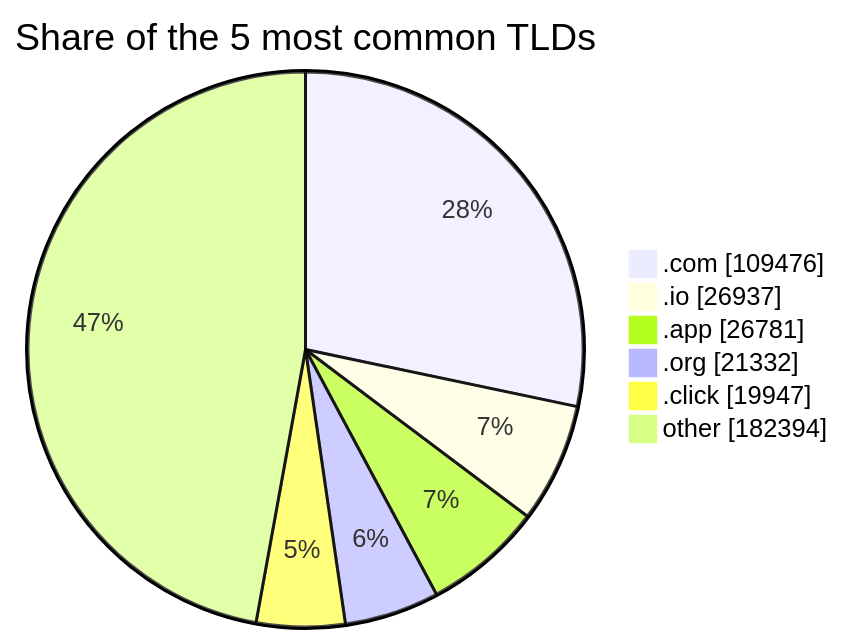
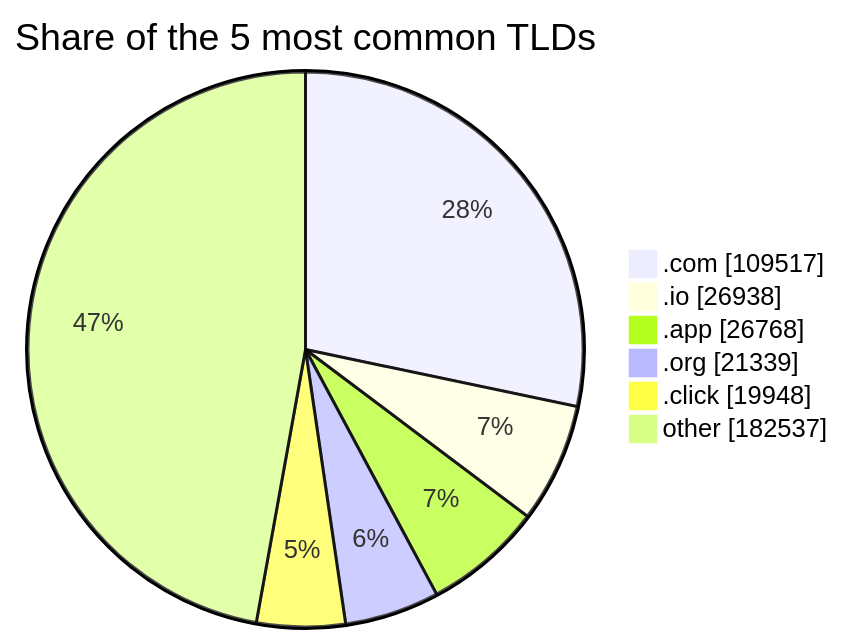
Before and after one commit to DNSBunker/CTI: the third of 3 diagrams in README.md, drawn with Mermaid. The commit also changed other lines of this file and 3 other files, not shown here.

````diff
--- a/README.md
+++ b/README.md
@@ -81,9 +81,9 @@
 ```mermaid
 pie showData title Share of the 5 most common TLDs
-    ".com" : 109476
-    ".io" : 26937
-    ".app" : 26781
-    ".org" : 21332
-    ".click" : 19947
-    "other" : 182394
+    ".com" : 109517
+    ".io" : 26938
+    ".app" : 26768
+    ".org" : 21339
+    ".click" : 19948
+    "other" : 182537
 ```
````
